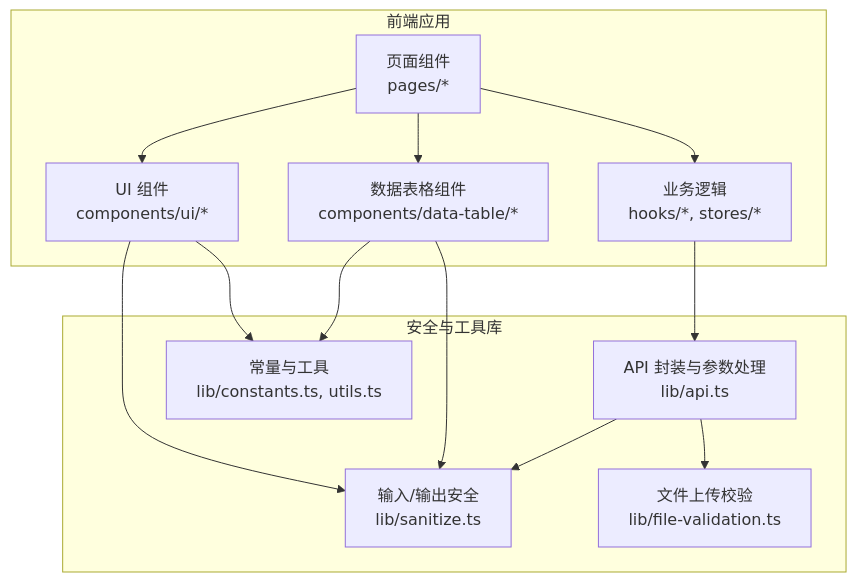
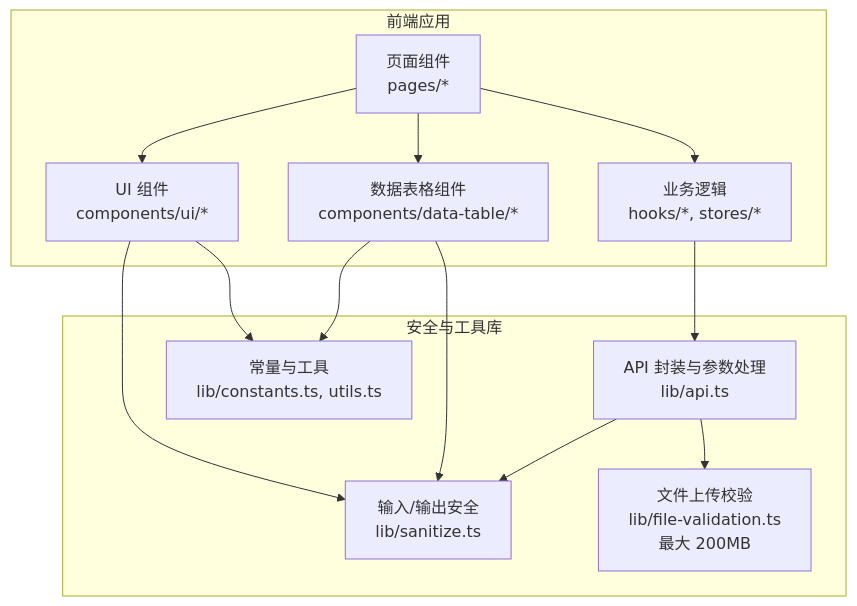
One commit to Damao997/newproject changed the first of 8 diagrams in .qoder/repowiki/zh/content/安全指南/输入验证与输出编码.md. Above: the diagram before and after it, drawn with Mermaid. The commit also changed other lines of this file and 24 other files, not shown here.

````diff
--- a/.qoder/repowiki/zh/content/安全指南/输入验证与输出编码.md
+++ b/.qoder/repowiki/zh/content/安全指南/输入验证与输出编码.md
@@ -49,25 +56,25 @@
 ```mermaid
 graph TB
 subgraph "前端应用"
 A["页面组件<br/>pages/*"]
 B["UI 组件<br/>components/ui/*"]
 C["数据表格组件<br/>components/data-table/*"]
 D["业务逻辑<br/>hooks/*, stores/*"]
 end
 subgraph "安全与工具库"
 E["输入/输出安全<br/>lib/sanitize.ts"]
-F["文件上传校验<br/>lib/file-validation.ts"]
+F["文件上传校验<br/>lib/file-validation.ts<br/>最大 200MB"]
 G["API 封装与参数处理<br/>lib/api.ts"]
 H["常量与工具<br/>lib/constants.ts, utils.ts"]
 end
 A --> B
 A --> C
 A --> D
 B --> E
 C --> E
 D --> G
 G --> E
 G --> F
 B --> H
 C --> H
 ```
````
